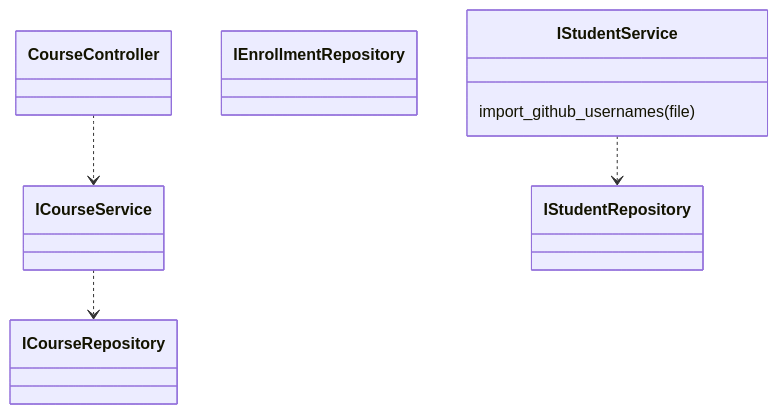
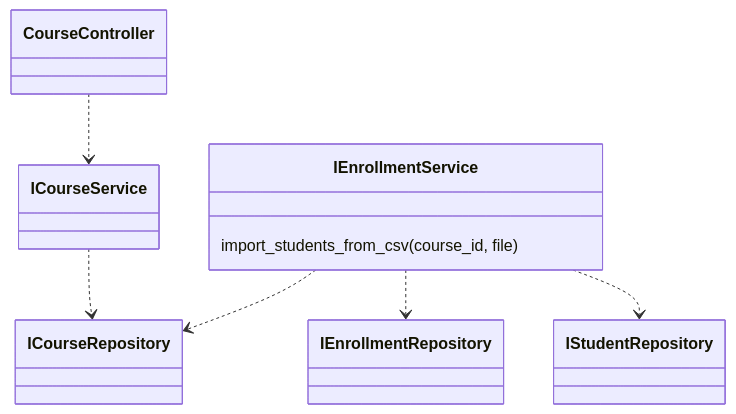
One commit to LeoKle/cs50-moodle-bridge changed the diagram in docs/application.mmd. Above: the diagram before and after it, drawn with Mermaid.

Commit message:
feat(docs): update class diagram with enrollment service

```diff
--- a/docs/application.mmd
+++ b/docs/application.mmd
@@ -1,25 +1,25 @@
 classDiagram
     class CourseController
     class ICourseService 
     class ICourseRepository
     CourseController ..> ICourseService
     ICourseService ..> ICourseRepository
 
     
     %% class EnrollmentController
     %% EnrollmentController ..> IEnrollmentService
-    %% class IEnrollmentService {
-    %%     import_students_from_csv(course_id, file)
-    %% }
+    class IEnrollmentService {
+        import_students_from_csv(course_id, file)
+    }
     class IEnrollmentRepository
-    %% IEnrollmentService ..> IEnrollmentRepository
-    %% IEnrollmentService ..> IStudentRepository
-    %% IEnrollmentService ..> ICourseRepository
+    IEnrollmentService ..> IEnrollmentRepository
+    IEnrollmentService ..> IStudentRepository
+    IEnrollmentService ..> ICourseRepository
 
     %% class StudentController
-    class IStudentService {
-        import_github_usernames(file)
-    }
-    class IStudentRepository
-    IStudentService ..> IStudentRepository
+    %% class IStudentService {
+    %%     import_github_usernames(file)
+    %% }
+    %% class IStudentRepository
+    %% IStudentService ..> IStudentRepository
     %% StudentController ..> IStudentService
```
